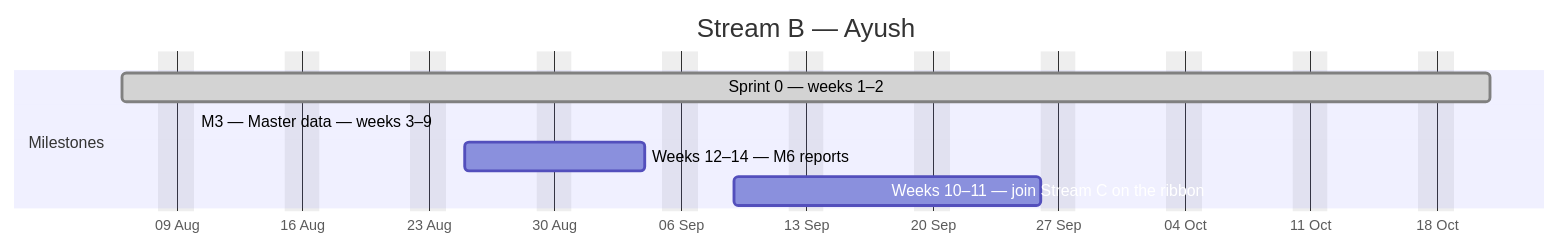
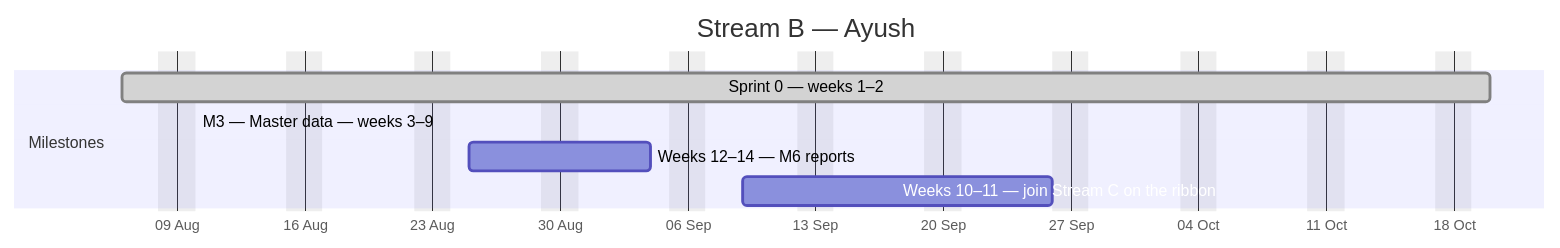
Before and after one commit to debashisedunext/EduTrack: the second of 4 diagrams in docs/plan/GANTT.md, drawn with Mermaid. The commit also changed other lines of this file and 3 other files, not shown here.

````diff
--- a/docs/plan/GANTT.md
+++ b/docs/plan/GANTT.md
@@ -121,12 +121,12 @@
 ```mermaid
 gantt
     dateFormat YYYY-MM-DD
     axisFormat %d %b
     title Stream B — Ayush
     excludes weekends
     section Milestones
-    Sprint 0 — weeks 1–2 :done, b0, 2026-08-06, 54d
-    M3 — Master data — weeks 3–9 :active, b1, 2026-08-10, -21d
+    Sprint 0 — weeks 1–2 :done, b0, 2026-08-06, 53d
+    M3 — Master data — weeks 3–9 :active, b1, 2026-08-10, -20d
     Weeks 12–14 — M6 reports :b2, 2026-08-25, 8d
     Weeks 10–11 — join Stream C on the ribbon :b3, 2026-09-09, 13d
 ```
````
